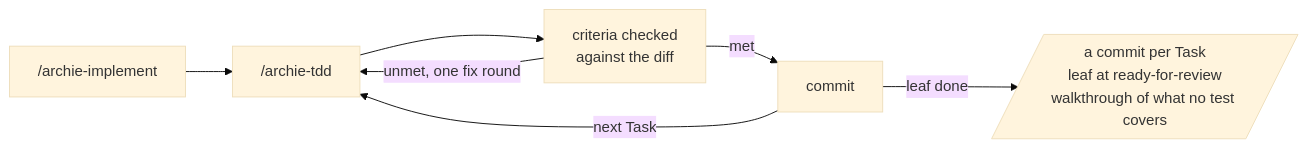
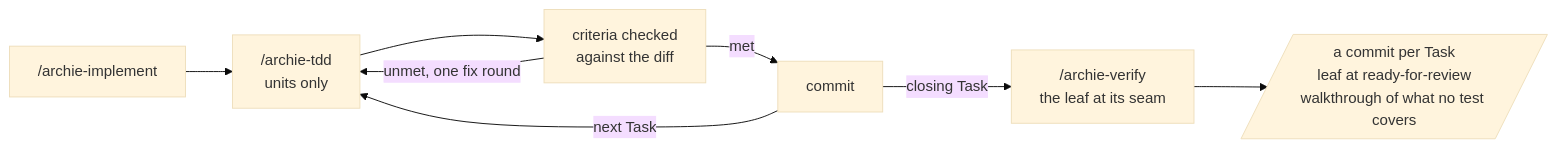
One commit to OvidiuGuta/archie-skills changed the fifth of 6 diagrams in README.md. Above: the diagram before and after it, drawn with Mermaid (base theme). The commit also changed other lines of this file and 17 other files, not shown here.

````diff
--- a/README.md
+++ b/README.md
@@ -67,9 +67,10 @@
 ```mermaid
 flowchart LR
-  IM["/archie-implement"] --> TD["/archie-tdd"]
+  IM["/archie-implement"] --> TD["/archie-tdd<br/>units only"]
   TD --> CR["criteria checked<br/>against the diff"]
   CR -- "unmet, one fix round" --> TD
   CR -- "met" --> CM["commit"]
   CM -- "next Task" --> TD
-  CM -- "leaf done" --> T3[/"a commit per Task<br/>leaf at ready-for-review<br/>walkthrough of what no test covers"/]
+  CM -- "closing Task" --> VF["/archie-verify<br/>the leaf at its seam"]
+  VF --> T3[/"a commit per Task<br/>leaf at ready-for-review<br/>walkthrough of what no test covers"/]
 ```
````
